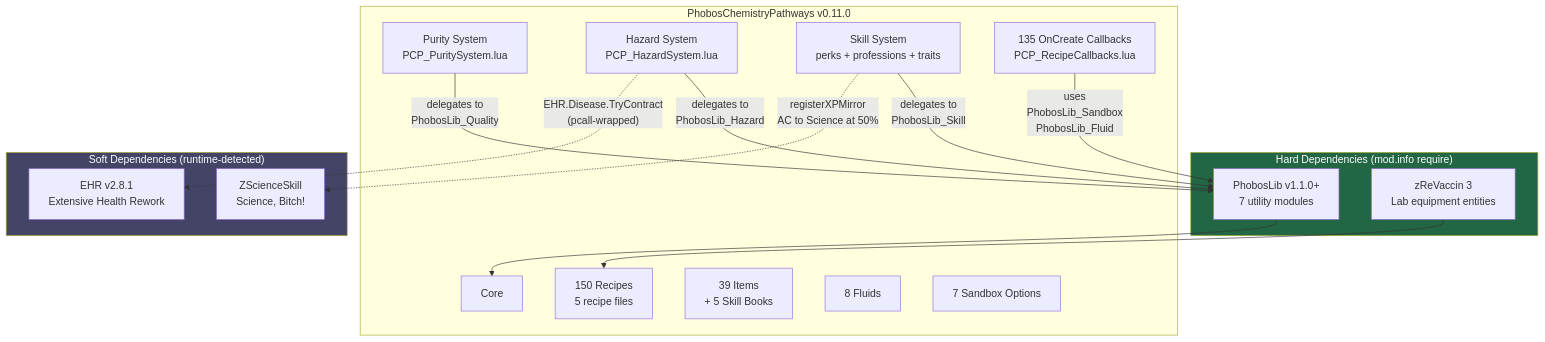
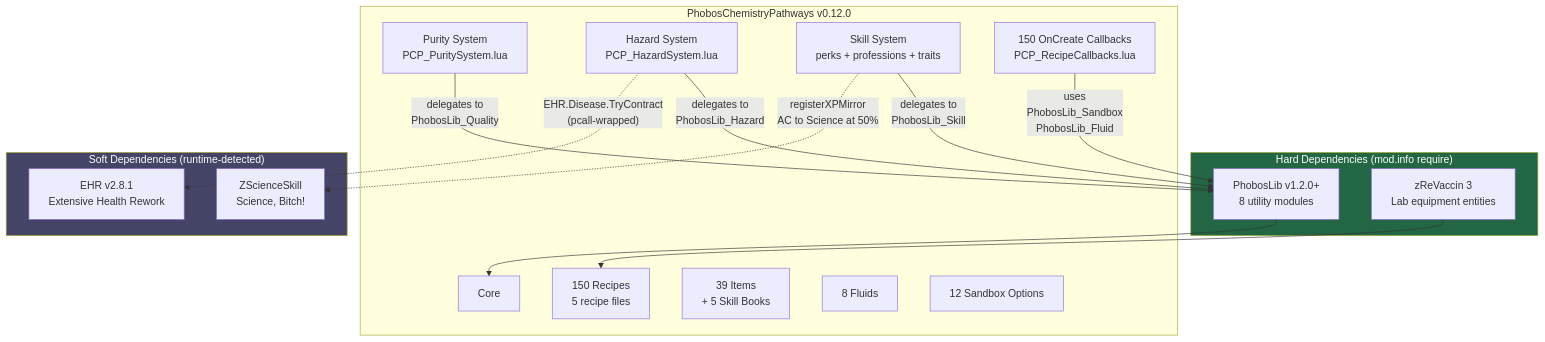
One commit to phobos-dthorga/mod-pz-chemistry-pathways changed the diagram in docs/mermaid-src/architecture.mmd. Above: the diagram before and after it, drawn with Mermaid. The commit also changed 8 other files, not shown here.

First line of the commit message:
docs: Fix blackpowder diagram direction, split sandbox, update architecture

```diff
--- a/docs/mermaid-src/architecture.mmd
+++ b/docs/mermaid-src/architecture.mmd
@@ -1,36 +1,36 @@
 graph TB
     subgraph HARD["Hard Dependencies (mod.info require)"]
-        PL["PhobosLib v1.1.0+<br/>7 utility modules"]
+        PL["PhobosLib v1.2.0+<br/>8 utility modules"]
         ZR["zReVaccin 3<br/>Lab equipment entities"]
     end
 
-    subgraph PCP["PhobosChemistryPathways v0.11.0"]
+    subgraph PCP["PhobosChemistryPathways v0.12.0"]
         CORE["Core"]
         REC["150 Recipes<br/>5 recipe files"]
         ITEMS["39 Items<br/>+ 5 Skill Books"]
         FLUIDS["8 Fluids"]
-        SB["7 Sandbox Options"]
+        SB["12 Sandbox Options"]
         PURITY["Purity System<br/>PCP_PuritySystem.lua"]
         HAZARD["Hazard System<br/>PCP_HazardSystem.lua"]
         SKILL["Skill System<br/>perks + professions + traits"]
-        CALLBACKS["135 OnCreate Callbacks<br/>PCP_RecipeCallbacks.lua"]
+        CALLBACKS["150 OnCreate Callbacks<br/>PCP_RecipeCallbacks.lua"]
     end
 
     subgraph SOFT["Soft Dependencies (runtime-detected)"]
         ZSS["ZScienceSkill<br/>Science, Bitch!"]
         EHR["EHR v2.8.1<br/>Extensive Health Rework"]
     end
 
     PL --> CORE
     ZR --> REC
 
     PURITY -->|"delegates to<br/>PhobosLib_Quality"| PL
     HAZARD -->|"delegates to<br/>PhobosLib_Hazard"| PL
     SKILL -->|"delegates to<br/>PhobosLib_Skill"| PL
     CALLBACKS -->|"uses<br/>PhobosLib_Sandbox<br/>PhobosLib_Fluid"| PL
 
     HAZARD -.->|"EHR.Disease.TryContract<br/>(pcall-wrapped)"| EHR
     SKILL -.->|"registerXPMirror<br/>AC to Science at 50%"| ZSS
 
     style HARD fill:#264,color:#fff
     style SOFT fill:#446,color:#fff
```
